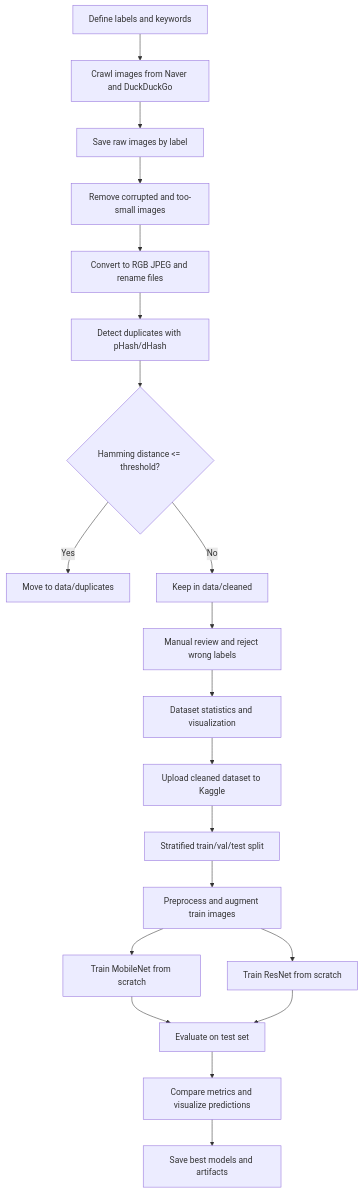
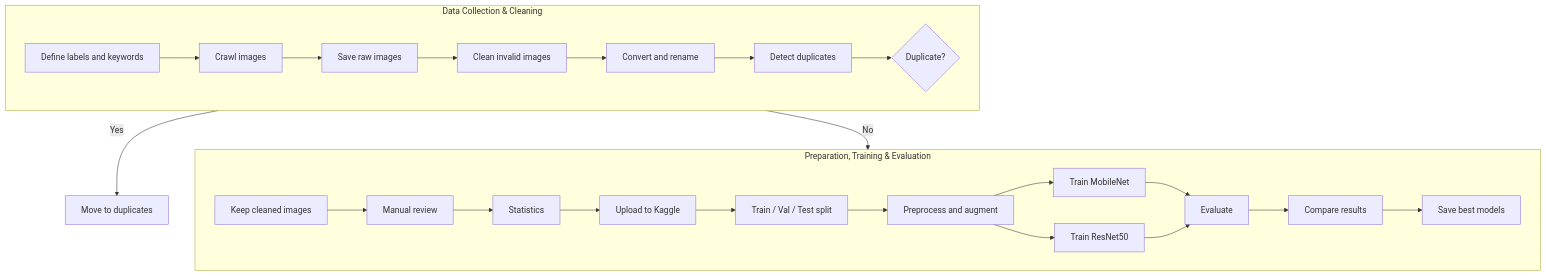
Before and after one commit to flyingdoggoo/vehicle-classification: the diagram in traffic_vehicle_classification/report_docs/mermaid/project_overall_flow.mmd, drawn with Mermaid. The commit also changed 18 other files, not shown here.

```diff
--- a/traffic_vehicle_classification/report_docs/mermaid/project_overall_flow.mmd
+++ b/traffic_vehicle_classification/report_docs/mermaid/project_overall_flow.mmd
@@ -1,20 +1,43 @@
-flowchart TD
-    A[Define labels and keywords] --> B[Crawl images from Naver and DuckDuckGo]
-    B --> C[Save raw images by label]
-    C --> D[Remove corrupted and too-small images]
-    D --> E[Convert to RGB JPEG and rename files]
-    E --> F[Detect duplicates with pHash/dHash]
-    F --> G{Hamming distance <= threshold?}
-    G -- Yes --> H[Move to data/duplicates]
-    G -- No --> I[Keep in data/cleaned]
-    I --> J[Manual review and reject wrong labels]
-    J --> K[Dataset statistics and visualization]
-    K --> L[Upload cleaned dataset to Kaggle]
-    L --> M[Stratified train/val/test split]
-    M --> N[Preprocess and augment train images]
-    N --> O[Train MobileNet from scratch]
-    N --> P[Train ResNet from scratch]
-    O --> Q[Evaluate on test set]
+flowchart TB
+
+%% TOP ROW
+subgraph TOP[Data Collection & Cleaning]
+direction LR
+    A[Define labels and keywords]
+    B[Crawl images]
+    C[Save raw images]
+    D[Clean invalid images]
+    E[Convert and rename]
+    F[Detect duplicates]
+    G{Duplicate?}
+
+    A --> B --> C --> D --> E --> F --> G
+end
+
+%% BOTTOM ROW
+subgraph BOTTOM[Preparation, Training & Evaluation]
+direction LR
+    I[Keep cleaned images]
+    J[Manual review]
+    K[Statistics]
+    L[Upload to Kaggle]
+    M[Train / Val / Test split]
+    N[Preprocess and augment]
+    O[Train MobileNet]
+    P[Train ResNet50]
+    Q[Evaluate]
+    R[Compare results]
+    S[Save best models]
+
+    I --> J --> K --> L --> M --> N
+    N --> O
+    N --> P
+    O --> Q
     P --> Q
-    Q --> R[Compare metrics and visualize predictions]
-    R --> S[Save best models and artifacts]
+    Q --> R --> S
+end
+
+H[Move to duplicates]
+
+G -- Yes --> H
+G -- No --> I
```
